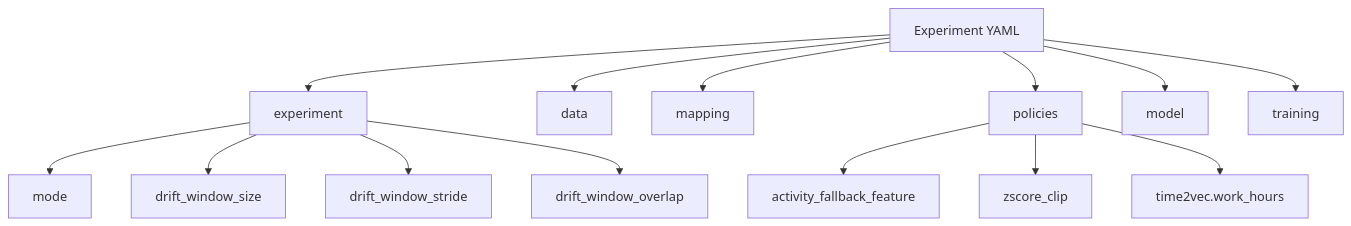
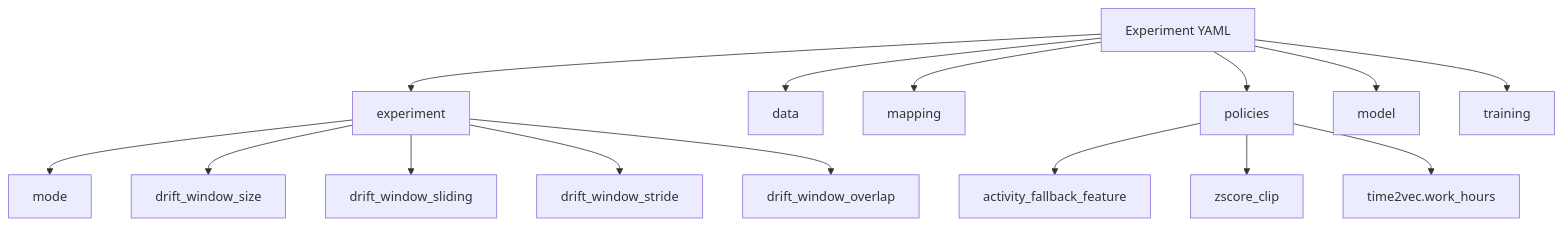
Before and after one commit to ghsrg/bpm_prediction: the second of 4 diagrams in docs/DATA_MODEL_MVP1.MD, drawn with Mermaid. The commit also changed other lines of this file and 8 other files, not shown here.

Commit message:
Added drift_window_sliding

````diff
--- a/docs/DATA_MODEL_MVP1.MD
+++ b/docs/DATA_MODEL_MVP1.MD
@@ -124,18 +125,19 @@
 ```mermaid
 flowchart TD
     Root[Experiment YAML] --> EX[experiment]
     Root --> D[data]
     Root --> M[mapping]
     Root --> P[policies]
     Root --> MD[model]
     Root --> T[training]
 
     EX --> EXM[mode]
     EX --> EXW[drift_window_size]
+    EX --> EXWS[drift_window_sliding]
     EX --> EXS[drift_window_stride]
     EX --> EXO[drift_window_overlap]
 
     P --> PF[activity_fallback_feature]
     P --> PZ[zscore_clip]
     P --> PT[time2vec.work_hours]
 ```
````
